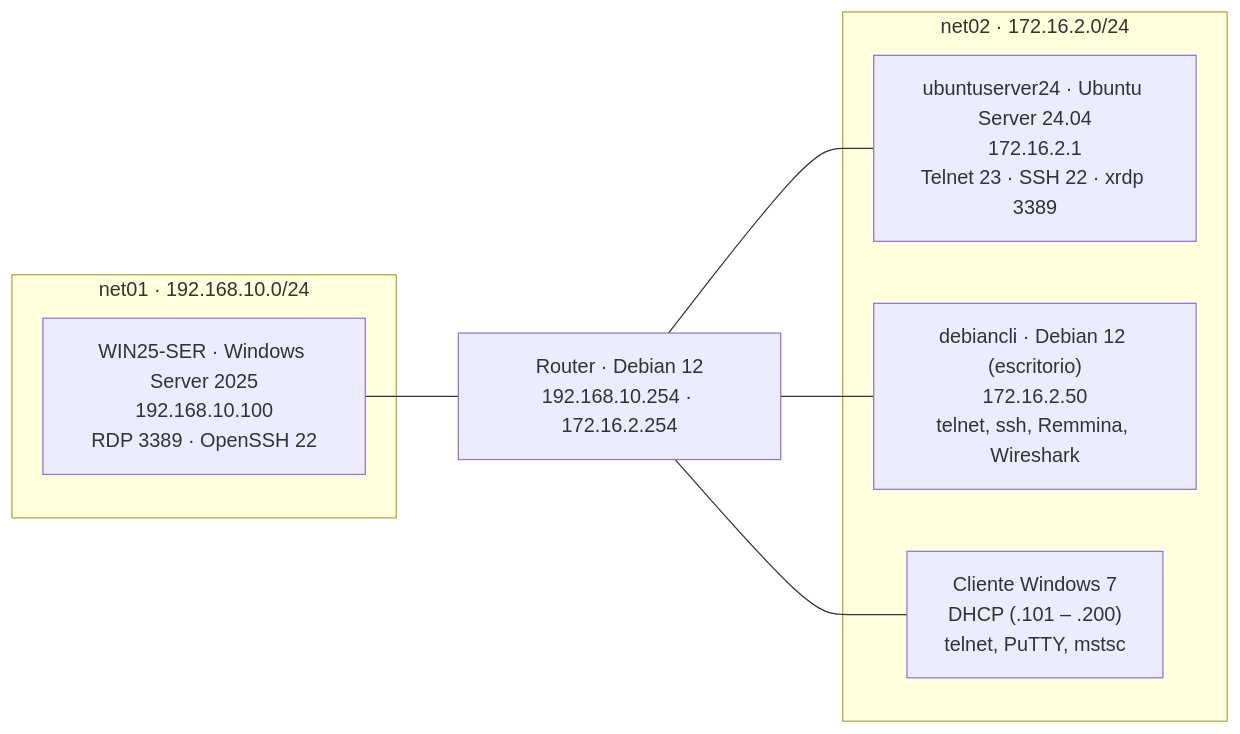
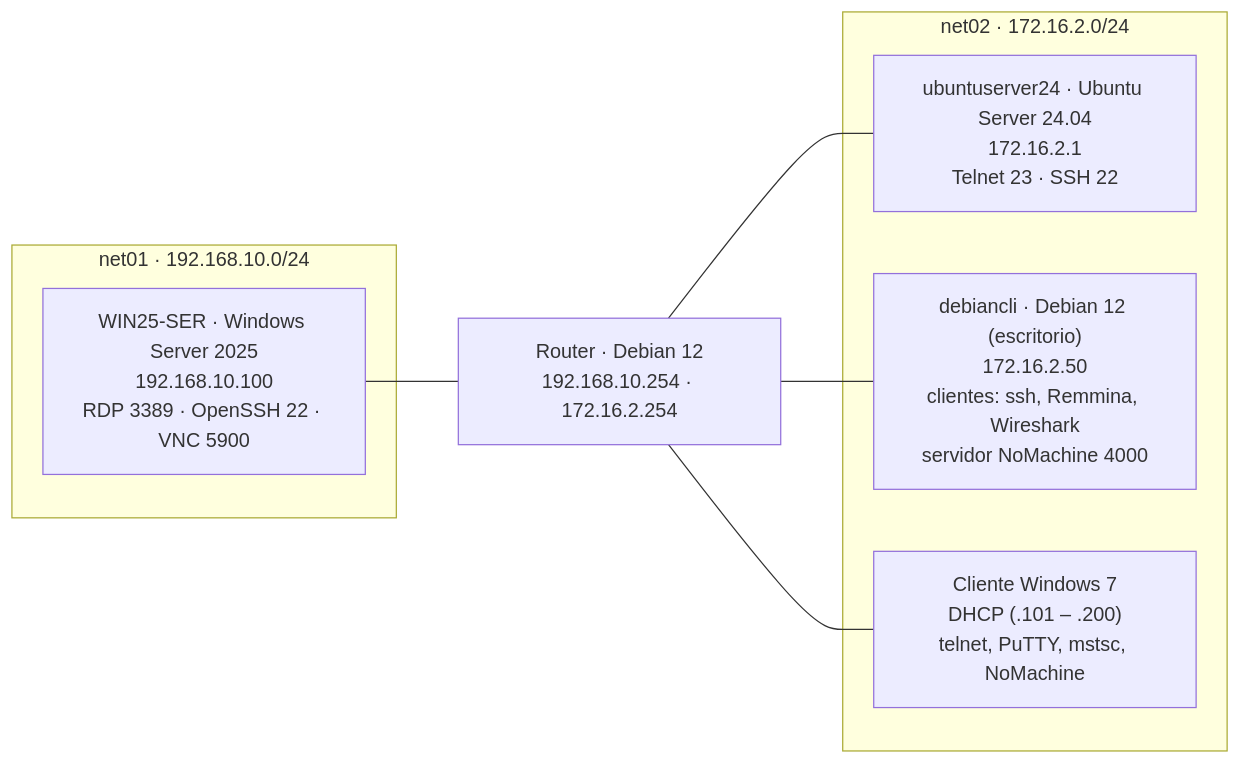
One commit to carloshercal/servicios-en-red changed the diagram in docs/ut3-acceso-remoto/index.md. Above: the diagram before and after it, drawn with Mermaid. The commit also changed other lines of this file and 6 other files, not shown here.

````diff
--- a/docs/ut3-acceso-remoto/index.md
+++ b/docs/ut3-acceso-remoto/index.md
@@ -42,14 +54,14 @@
 ```mermaid
 flowchart LR
     R["Router · Debian 12<br/>192.168.10.254 · 172.16.2.254"]
     subgraph N1["net01 · 192.168.10.0/24"]
-        W["WIN25-SER · Windows Server 2025<br/>192.168.10.100<br/>RDP 3389 · OpenSSH 22"]
+        W["WIN25-SER · Windows Server 2025<br/>192.168.10.100<br/>RDP 3389 · OpenSSH 22 · VNC 5900"]
     end
     subgraph N2["net02 · 172.16.2.0/24"]
-        U["ubuntuserver24 · Ubuntu Server 24.04<br/>172.16.2.1<br/>Telnet 23 · SSH 22 · xrdp 3389"]
-        D["debiancli · Debian 12 (escritorio)<br/>172.16.2.50<br/>telnet, ssh, Remmina, Wireshark"]
-        C7["Cliente Windows 7<br/>DHCP (.101 – .200)<br/>telnet, PuTTY, mstsc"]
+        U["ubuntuserver24 · Ubuntu Server 24.04<br/>172.16.2.1<br/>Telnet 23 · SSH 22"]
+        D["debiancli · Debian 12 (escritorio)<br/>172.16.2.50<br/>clientes: ssh, Remmina, Wireshark<br/>servidor NoMachine 4000"]
+        C7["Cliente Windows 7<br/>DHCP (.101 – .200)<br/>telnet, PuTTY, mstsc, NoMachine"]
     end
     W --- R
     R --- U & D & C7
 ```
````
